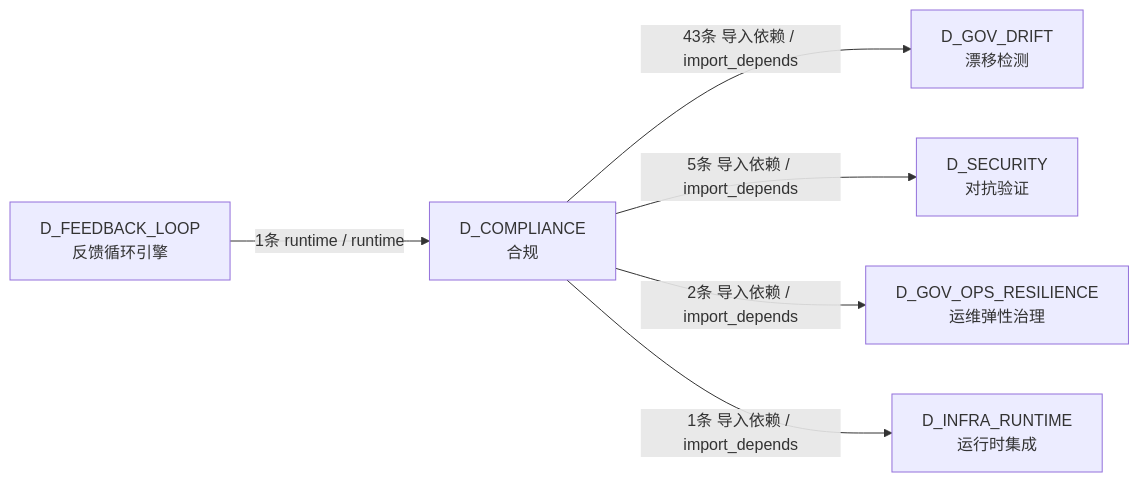
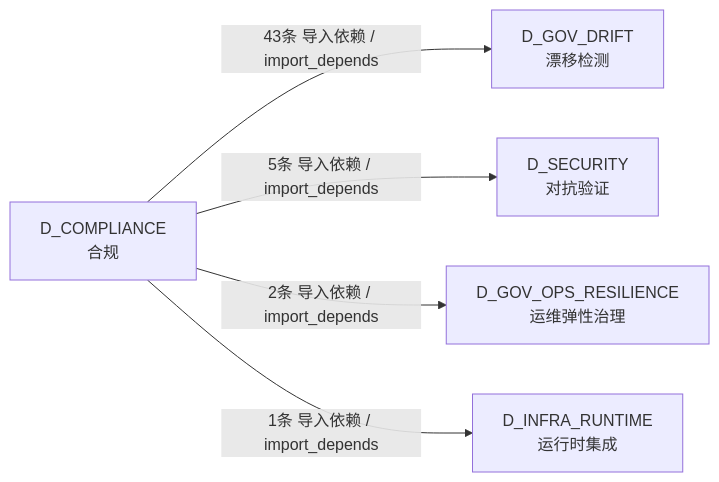
One commit to xuanFelixVan/ZephyrAlpha changed the third of 3 diagrams in docs/02_enterprise_architecture/02_domain_architecture_docs/60_d_compliance.md. Above: the diagram before and after it, drawn with Mermaid. The commit also changed other lines of this file and 101 other files, not shown here.

````diff
--- a/docs/02_enterprise_architecture/02_domain_architecture_docs/60_d_compliance.md
+++ b/docs/02_enterprise_architecture/02_domain_architecture_docs/60_d_compliance.md
@@ -231,14 +225,12 @@
 ```mermaid
 graph LR
     D_COMPLIANCE["D_COMPLIANCE<br/>合规"]
     D_GOV_DRIFT["D_GOV_DRIFT<br/>漂移检测"]
     D_SECURITY["D_SECURITY<br/>对抗验证"]
     D_GOV_OPS_RESILIENCE["D_GOV_OPS_RESILIENCE<br/>运维弹性治理"]
     D_INFRA_RUNTIME["D_INFRA_RUNTIME<br/>运行时集成"]
-    D_FEEDBACK_LOOP["D_FEEDBACK_LOOP<br/>反馈循环引擎"]
     D_COMPLIANCE -->|43条 导入依赖 / import_depends| D_GOV_DRIFT
     D_COMPLIANCE -->|5条 导入依赖 / import_depends| D_SECURITY
     D_COMPLIANCE -->|2条 导入依赖 / import_depends| D_GOV_OPS_RESILIENCE
     D_COMPLIANCE -->|1条 导入依赖 / import_depends| D_INFRA_RUNTIME
-    D_FEEDBACK_LOOP -->|1条 runtime / runtime| D_COMPLIANCE
 ```
````
